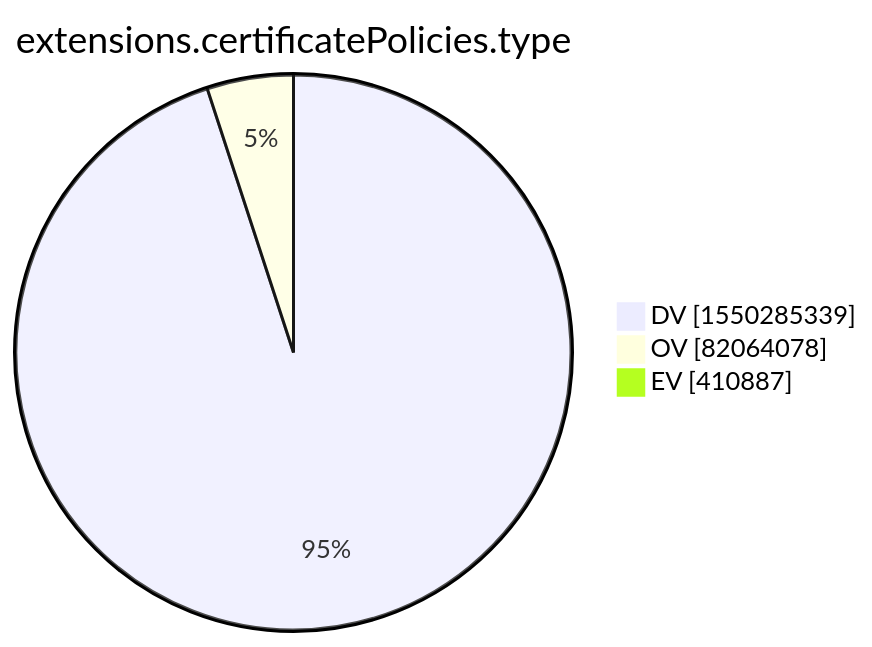
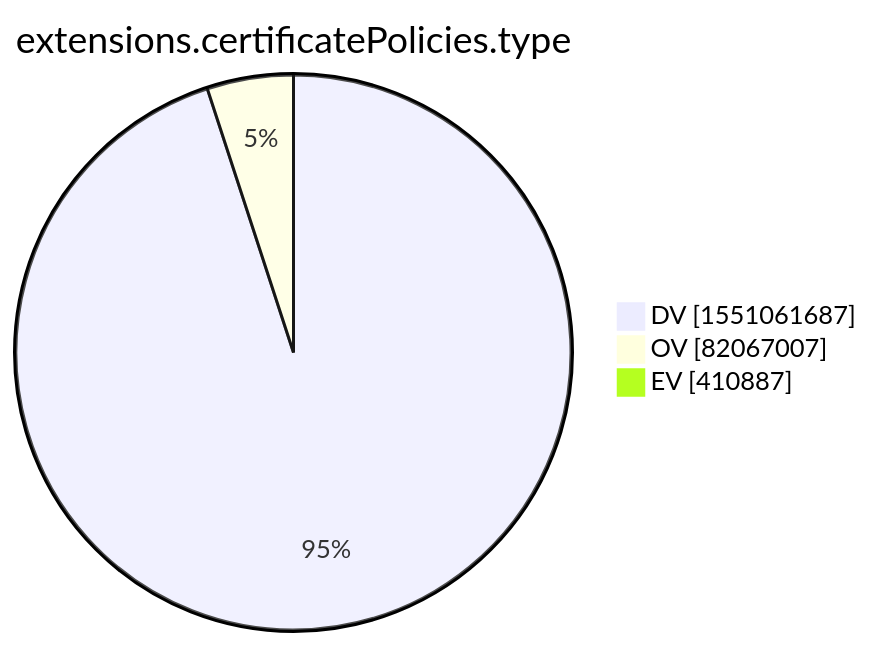
One commit to christiankrug/ctmonitor_visualization changed the tenth of 15 diagrams in xenon2022/README.md. Above: the diagram before and after it, drawn with Mermaid. The commit also changed other lines of this file, not shown here.

````diff
--- a/xenon2022/README.md
+++ b/xenon2022/README.md
@@ -2876,7 +2876,7 @@
 ```mermaid
 pie showData
 title extensions.certificatePolicies.type
-"DV" :1550285339
-"OV" :82064078
+"DV" :1551061687
+"OV" :82067007
 "EV" :410887
 ```
````
